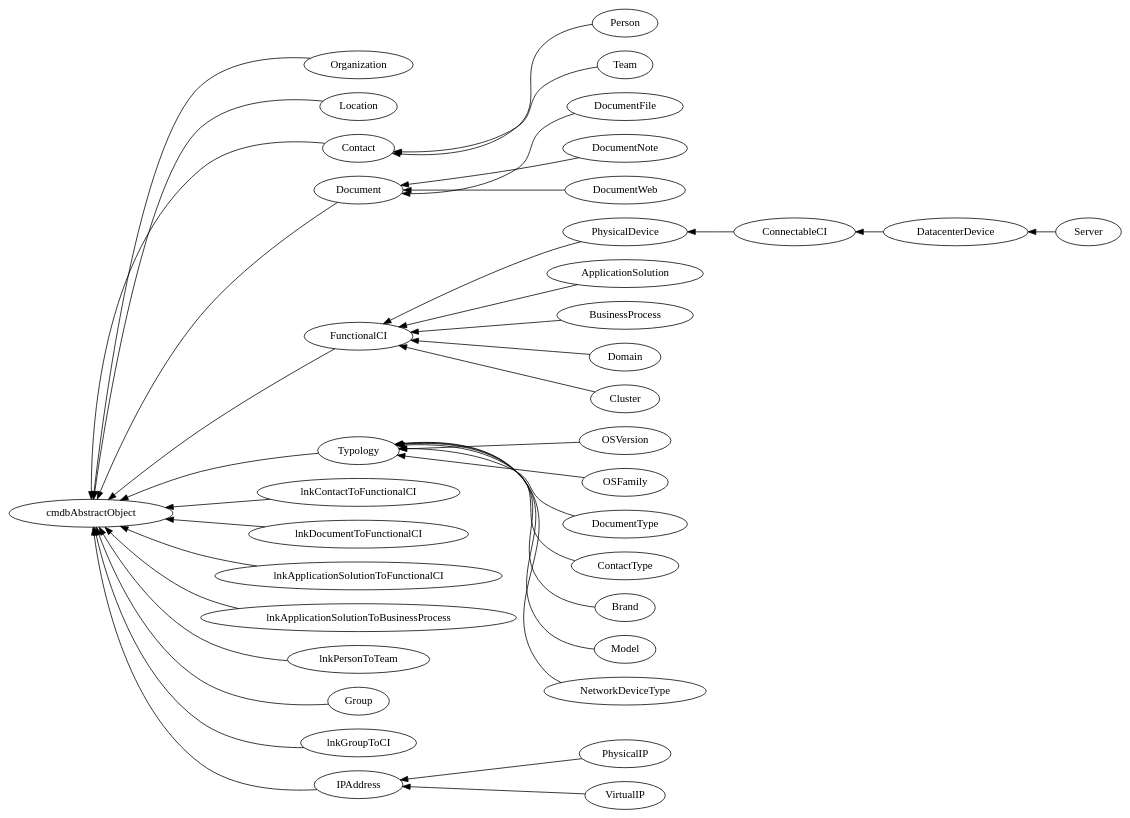
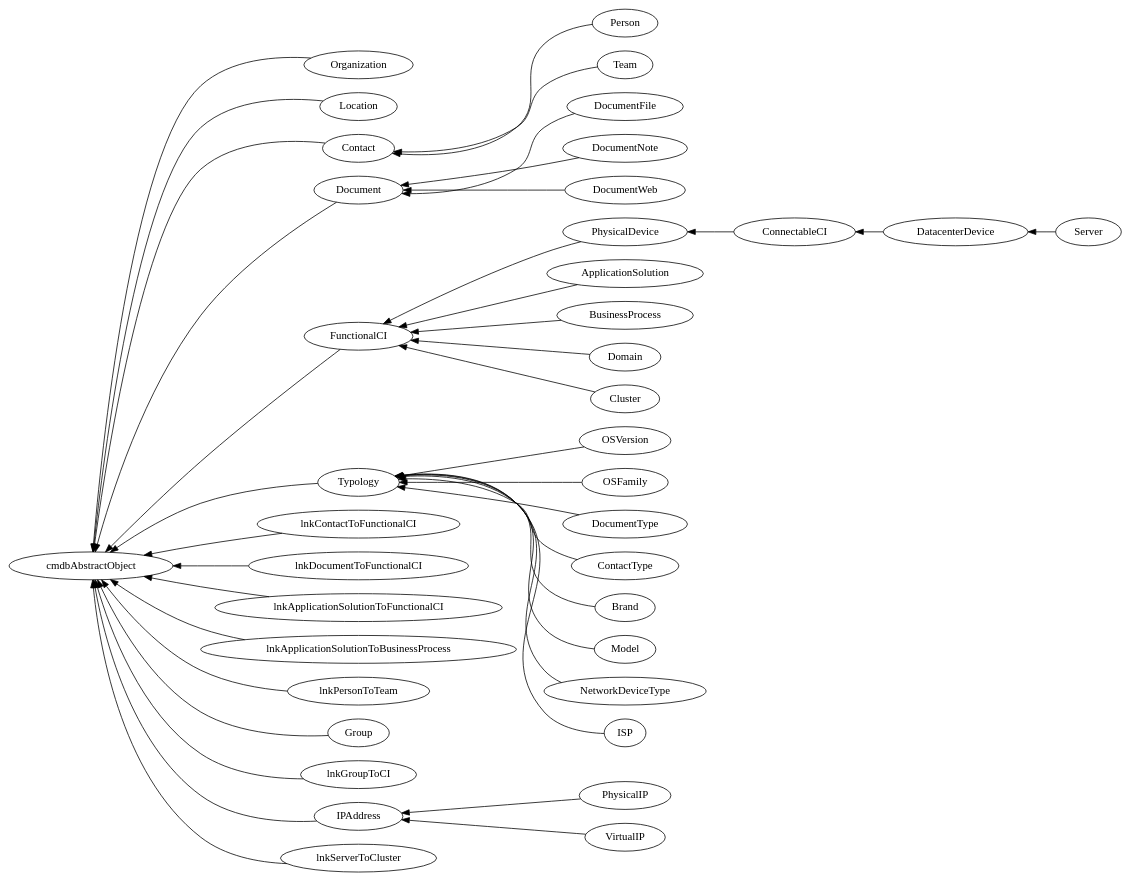
Before and after one commit to ops-itop/itop-extensions: the diagram in itop.dot, drawn with Graphviz. The commit also changed 4 other files, not shown here.

```diff
--- a/itop.dot
+++ b/itop.dot
@@ -1,39 +1,41 @@
 digraph G{
 rankdir=RL
 Organization->cmdbAbstractObject
 Location->cmdbAbstractObject
 Contact->cmdbAbstractObject
 Person->Contact
 Team->Contact
 Document->cmdbAbstractObject
 DocumentFile->Document
 DocumentNote->Document
 DocumentWeb->Document
 FunctionalCI->cmdbAbstractObject
 PhysicalDevice->FunctionalCI
 ConnectableCI->PhysicalDevice
 DatacenterDevice->ConnectableCI
 Server->DatacenterDevice
 ApplicationSolution->FunctionalCI
 BusinessProcess->FunctionalCI
 Typology->cmdbAbstractObject
 OSVersion->Typology
 OSFamily->Typology
 DocumentType->Typology
 ContactType->Typology
 Brand->Typology
 Model->Typology
 NetworkDeviceType->Typology
 lnkContactToFunctionalCI->cmdbAbstractObject
 lnkDocumentToFunctionalCI->cmdbAbstractObject
 lnkApplicationSolutionToFunctionalCI->cmdbAbstractObject
 lnkApplicationSolutionToBusinessProcess->cmdbAbstractObject
 lnkPersonToTeam->cmdbAbstractObject
 Group->cmdbAbstractObject
 lnkGroupToCI->cmdbAbstractObject
 IPAddress->cmdbAbstractObject
 PhysicalIP->IPAddress
 VirtualIP->IPAddress
 Domain->FunctionalCI
 Cluster->FunctionalCI
+ISP->Typology
+lnkServerToCluster->cmdbAbstractObject
 }
```
